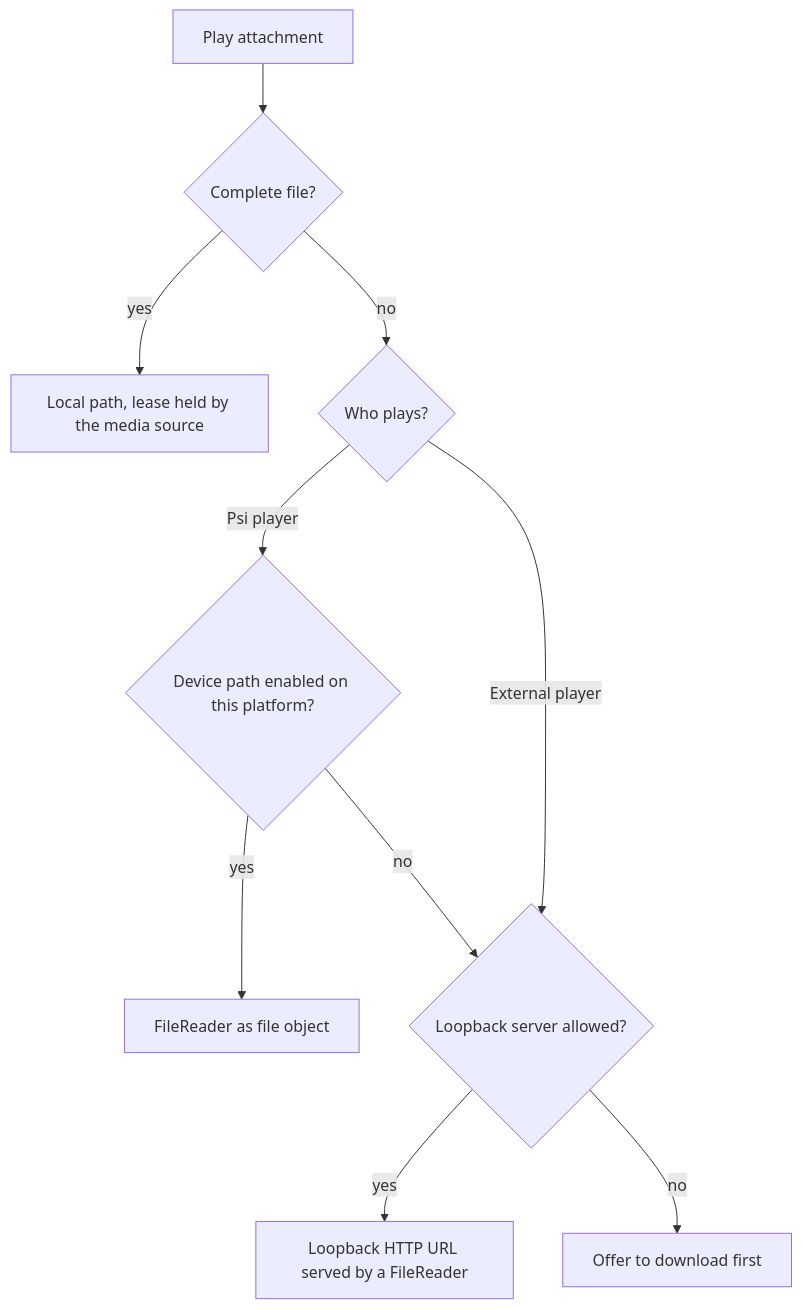
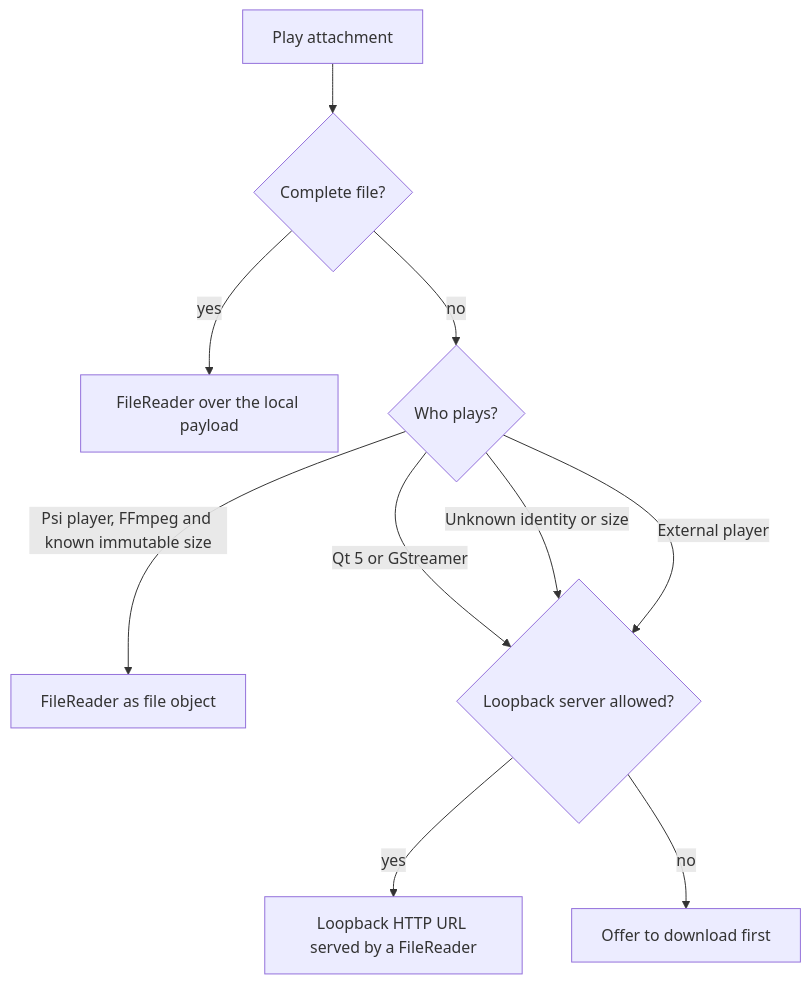
The fourth of 8 diagrams in docs/local-message-deletion-design.md (psi-im/psi), drawn with Mermaid before and after one commit. The commit also changed other lines of this file and 37 other files, not shown here.

````diff
--- a/docs/local-message-deletion-design.md
+++ b/docs/local-message-deletion-design.md
@@ -455,12 +468,12 @@
 ```mermaid
 flowchart TD
     start["Play attachment"] --> complete{"Complete file?"}
-    complete -- yes --> path["Local path, lease held by the media source"]
+    complete -- yes --> path["FileReader over the local payload"]
     complete -- no --> who{"Who plays?"}
-    who -- "Psi player" --> device{"Device path enabled on this platform?"}
-    device -- yes --> reader["FileReader as file object"]
-    device -- no --> server{"Loopback server allowed?"}
+    who -- "Psi player, FFmpeg and known immutable size" --> reader["FileReader as file object"]
+    who -- "Qt 5 or GStreamer" --> server
+    who -- "Unknown identity or size" --> server{"Loopback server allowed?"}
     who -- "External player" --> server
     server -- yes --> http["Loopback HTTP URL served by a FileReader"]
     server -- no --> first["Offer to download first"]
 ```
````
